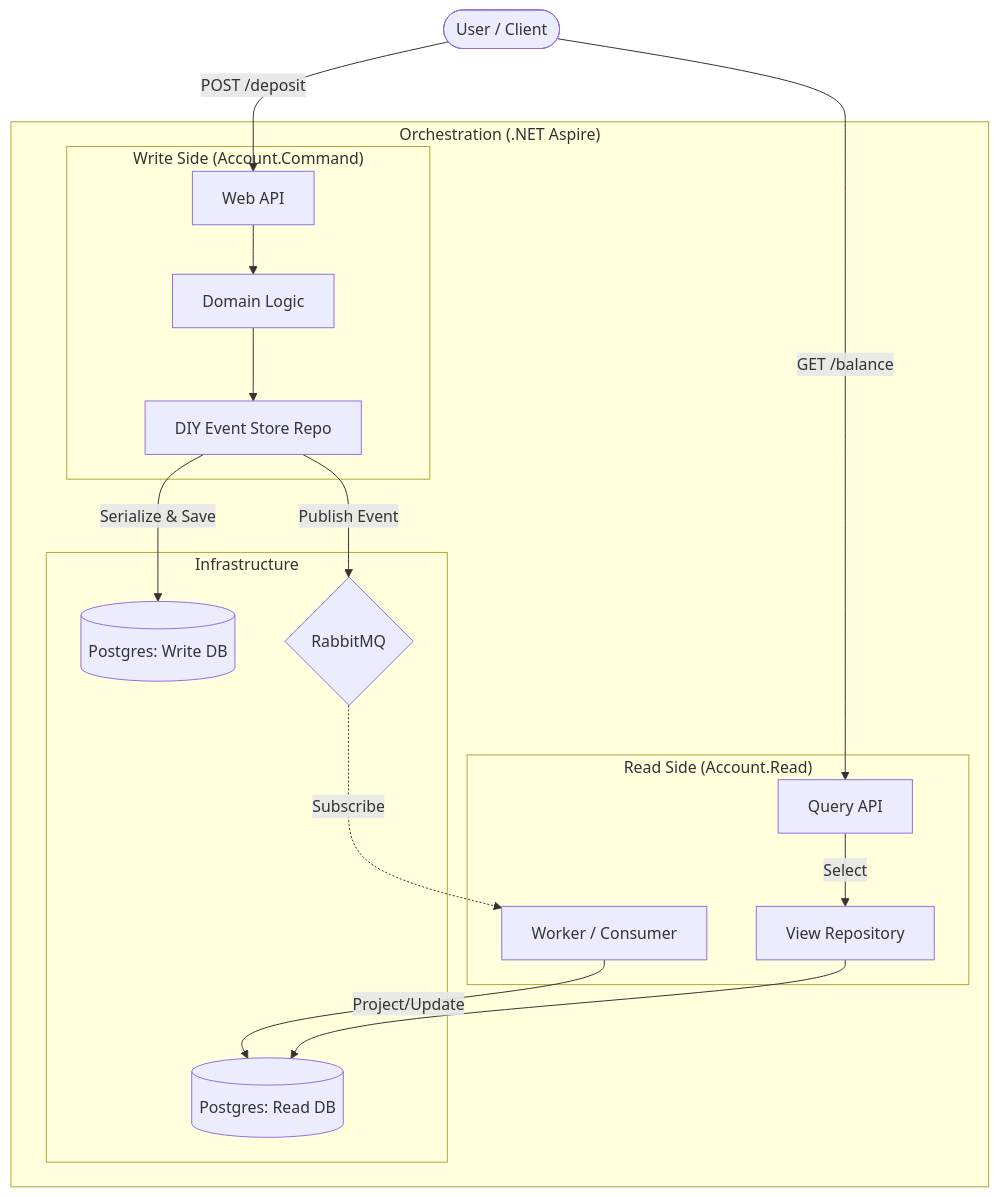
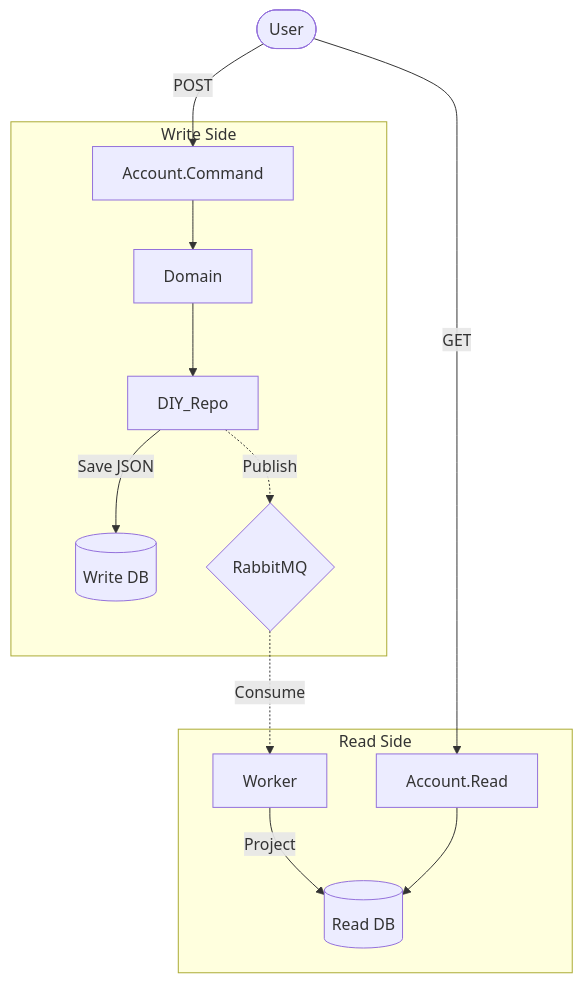
One commit to mcuong223/bank-aspire-event-sourcing-cqrs-poc changed the diagram in README.md. Above: the diagram before and after it, drawn with Mermaid. The commit also changed other lines of this file, not shown here.

````diff
--- a/README.md
+++ b/README.md
@@ -16,38 +15,17 @@
 ```mermaid
 graph TD
-    User([User / Client])
-
-    subgraph "Orchestration (.NET Aspire)"
-        subgraph "Write Side (Account.Command)"
-            CmdAPI[Web API]
-            Domain[Domain Logic]
-            DIY_ES[DIY Event Store Repo]
-        end
-
-        subgraph "Infrastructure"
-            PG_Write[(Postgres: Write DB)]
-            PG_Read[(Postgres: Read DB)]
-            RabbitMQ{RabbitMQ}
-        end
-
-        subgraph "Read Side (Account.Read)"
-            Worker[Worker / Consumer]
-            ReadAPI[Query API]
-            ViewRepo[View Repository]
-        end
+    User([User]) -->|POST| CmdAPI[Account.Command]
+    User -->|GET| ReadAPI[Account.Read]
+    
+    subgraph "Write Side"
+        CmdAPI --> Domain --> DIY_Repo
+        DIY_Repo -->|Save JSON| PG_Write[(Write DB)]
+        DIY_Repo -.->|Publish| Rabbit{RabbitMQ}
     end
 
-    %% Flows
-    User -->|POST /deposit| CmdAPI
-    CmdAPI --> Domain
-    Domain --> DIY_ES
-    DIY_ES -->|Serialize & Save| PG_Write
-    DIY_ES -->|Publish Event| RabbitMQ
-
-    RabbitMQ ..->|Subscribe| Worker
-    Worker -->|Project/Update| PG_Read
-    
-    User -->|GET /balance| ReadAPI
-    ReadAPI -->|Select| ViewRepo
-    ViewRepo --> PG_Read
+    subgraph "Read Side"
+        Rabbit -.->|Consume| Worker
+        Worker -->|Project| PG_Read[(Read DB)]
+        ReadAPI --> PG_Read
+    end
 ```
````
